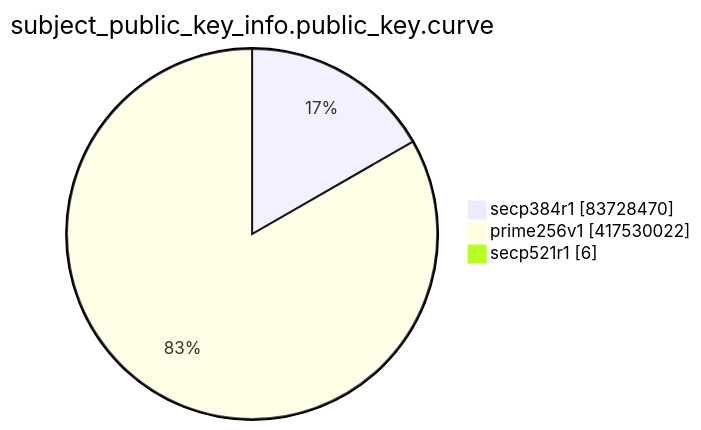
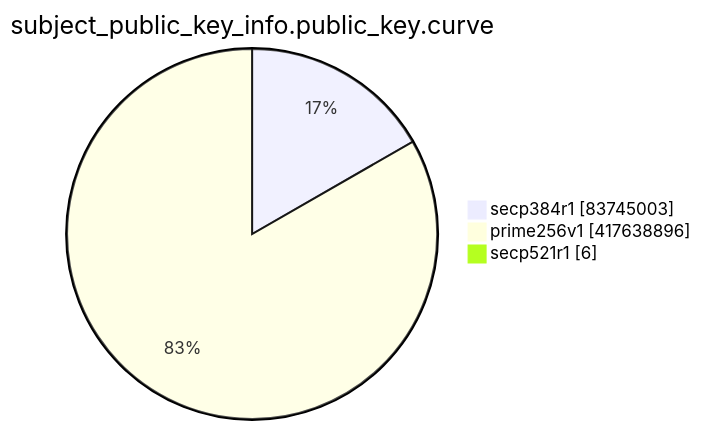
The eighth of 15 diagrams in TOTAL/README.md (christiankrug/ctmonitor_visualization), drawn with Mermaid before and after one commit. The commit also changed other lines of this file, not shown here.

````diff
--- a/TOTAL/README.md
+++ b/TOTAL/README.md
@@ -3098,7 +3098,7 @@
 ```mermaid
 pie showData
 title subject_public_key_info.public_key.curve
-"secp384r1" :83728470
-"prime256v1" :417530022
+"secp384r1" :83745003
+"prime256v1" :417638896
 "secp521r1" :6
 ```
````
